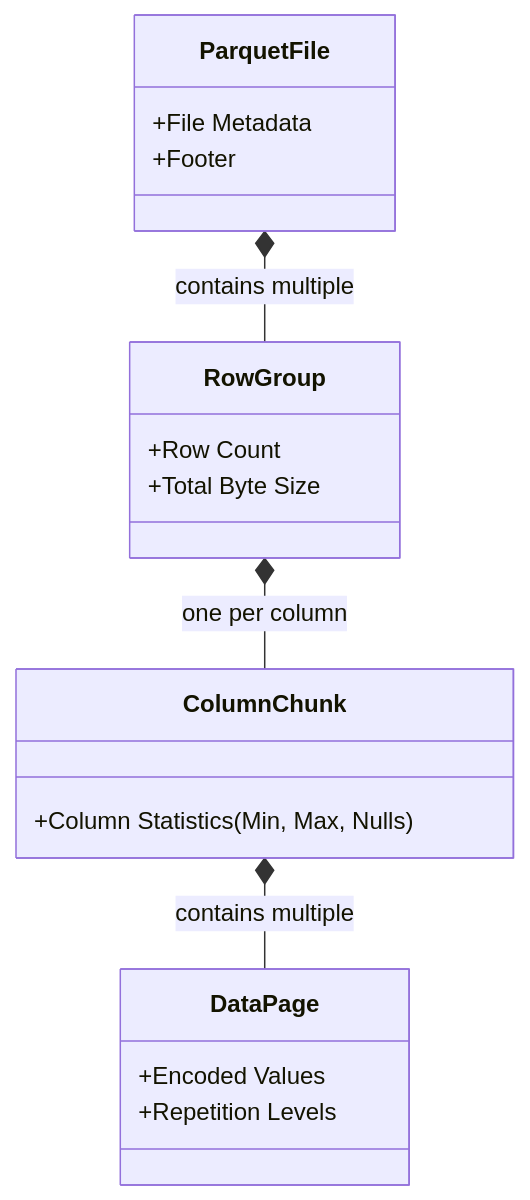
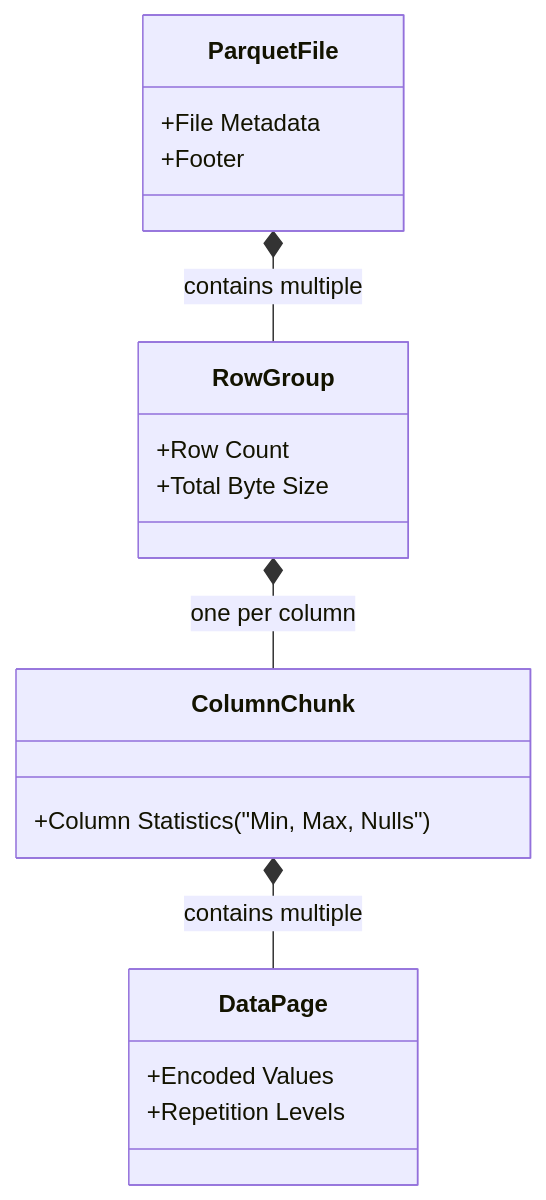
The second of 2 diagrams in src/content/docs/concepts/3-storage-engines-formats/file-formats-deep-dive.md (kythuatdulieu/kythuatdulieu.github.io), drawn with Mermaid before and after one commit. The commit also changed 190 other files, not shown here.

Commit message:
fix: resolve mermaid syntax, math rendering, and metadata issues from content rewrite

````diff
--- a/src/content/docs/concepts/3-storage-engines-formats/file-formats-deep-dive.md
+++ b/src/content/docs/concepts/3-storage-engines-formats/file-formats-deep-dive.md
@@ -76,22 +76,22 @@
 ```mermaid
 classDiagram
     class ParquetFile {
         +File Metadata
         +Footer
     }
     class RowGroup {
         +Row Count
         +Total Byte Size
     }
     class ColumnChunk {
-        +Column Statistics (Min, Max, Nulls)
+        +Column Statistics("Min, Max, Nulls")
     }
     class DataPage {
         +Encoded Values
         +Repetition Levels
     }
     
     ParquetFile *-- RowGroup : contains multiple
     RowGroup *-- ColumnChunk : one per column
     ColumnChunk *-- DataPage : contains multiple
 ```
````
